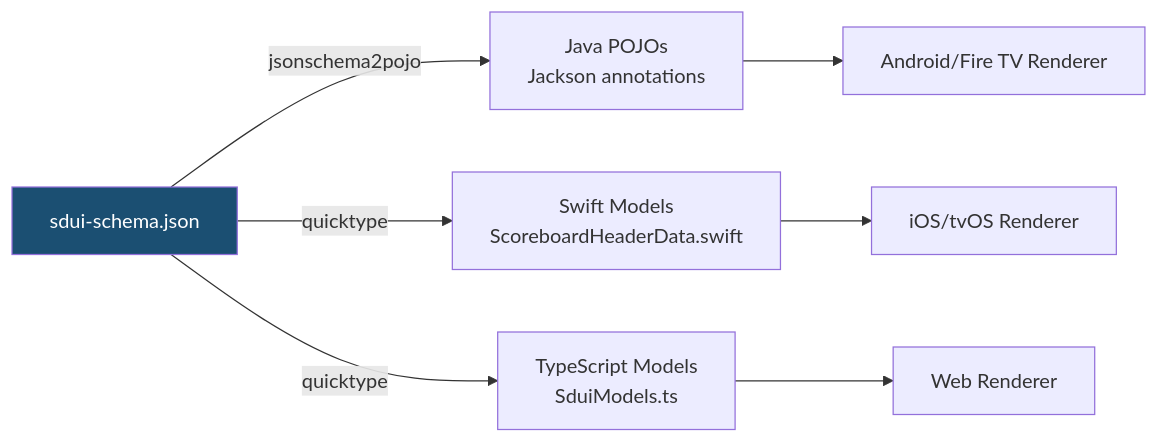
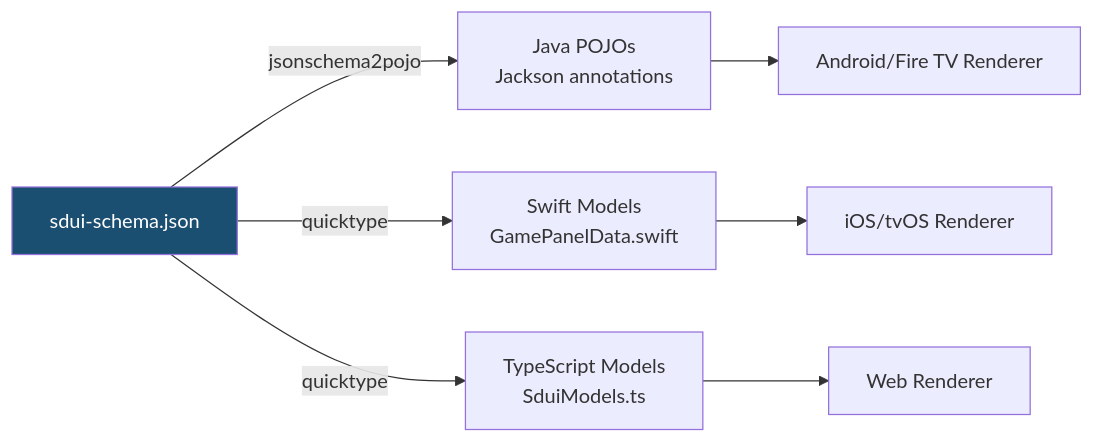
Before and after one commit to bakburner/sdui-learn: the ninth of 12 diagrams in docs/sdui-requirements-summary.md, drawn with Mermaid. The commit also changed other lines of this file and 39 other files, not shown here.

First line of the commit message:
Phase 5: SectionSlot bidirectional bridge + ScoreboardHeader consolidation

````diff
--- a/docs/sdui-requirements-summary.md
+++ b/docs/sdui-requirements-summary.md
@@ -518,12 +518,12 @@
 ```mermaid
 graph LR
     SCHEMA[sdui-schema.json] -->|jsonschema2pojo| JAVA[Java POJOs<br/>Jackson annotations]
-    SCHEMA -->|quicktype| SWIFT[Swift Models<br/>ScoreboardHeaderData.swift]
+    SCHEMA -->|quicktype| SWIFT[Swift Models<br/>GamePanelData.swift]
     SCHEMA -->|quicktype| TS[TypeScript Models<br/>SduiModels.ts]
     
     JAVA --> ANDROID[Android/Fire TV Renderer]
     SWIFT --> IOS[iOS/tvOS Renderer]
     TS --> WEB[Web Renderer]
     
     style SCHEMA fill:#1B4F72,color:#fff
 ```
````
